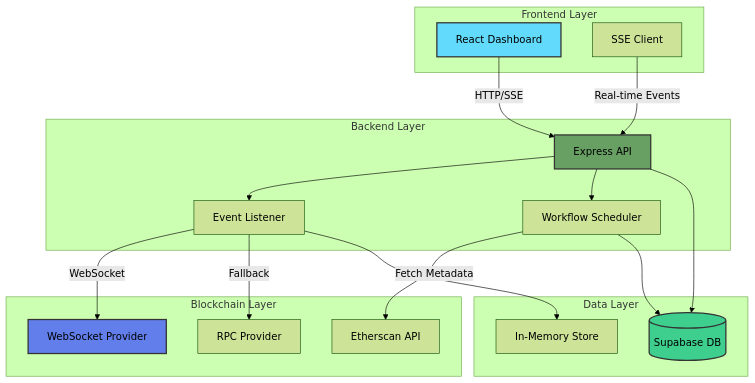
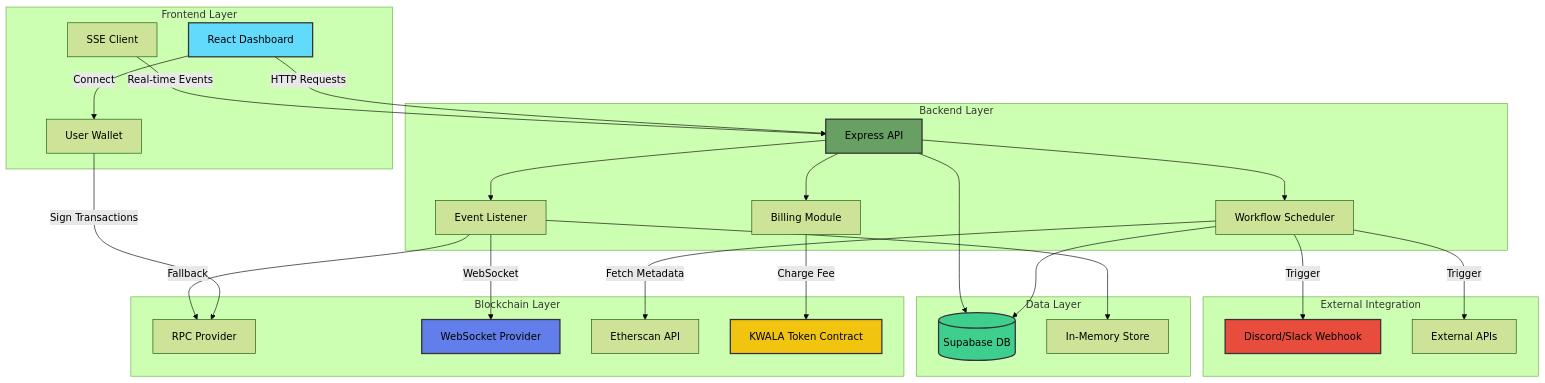
One commit to jalajsharma172/KwalaFilter changed the diagram in README.md. Above: the diagram before and after it, drawn with Mermaid (forest theme). The commit also changed 1 other file, not shown here.

Commit message:
architecture update

````diff
--- a/README.md
+++ b/README.md
@@ -70,40 +70,61 @@
 ```mermaid
 graph TB
     subgraph "Frontend Layer"
         UI[React Dashboard]
         SSE[SSE Client]
+        Wallet[User Wallet]
     end
     
     subgraph "Backend Layer"
         API[Express API]
         Listener[Event Listener]
         Scheduler[Workflow Scheduler]
+        Billing[Billing Module]
     end
     
     subgraph "Data Layer"
         DB[(Supabase DB)]
         Cache[In-Memory Store]
     end
     
     subgraph "Blockchain Layer"
         RPC[RPC Provider]
         WS[WebSocket Provider]
         Etherscan[Etherscan API]
+        Token[KWALA Token Contract]
     end
     
-    UI -->|HTTP/SSE| API
+    subgraph "External Integration"
+        Webhook[Discord/Slack Webhook]
+        ExtAPI[External APIs]
+    end
+    
+    UI -->|HTTP Requests| API
+    UI -->|Connect| Wallet
+    Wallet -->|Sign Transactions| RPC
     SSE -->|Real-time Events| API
+    
     API --> Listener
     API --> Scheduler
+    API --> Billing
+    
     Listener -->|WebSocket| WS
     Listener -->|Fallback| RPC
+    Listener --> Cache
+    
     Scheduler -->|Fetch Metadata| Etherscan
-    Listener --> Cache
     Scheduler --> DB
+    Scheduler -->|Trigger| Webhook
+    Scheduler -->|Trigger| ExtAPI
+    
+    Billing -->|Charge Fee| Token
+    
     API --> DB
     
     style UI fill:#61dafb,stroke:#333,stroke-width:2px
     style API fill:#68a063,stroke:#333,stroke-width:2px
     style DB fill:#3ecf8e,stroke:#333,stroke-width:2px
     style WS fill:#627eea,stroke:#333,stroke-width:2px
+    style Token fill:#f1c40f,stroke:#333,stroke-width:2px
+    style Webhook fill:#e74c3c,stroke:#333,stroke-width:2px
 ```
````
